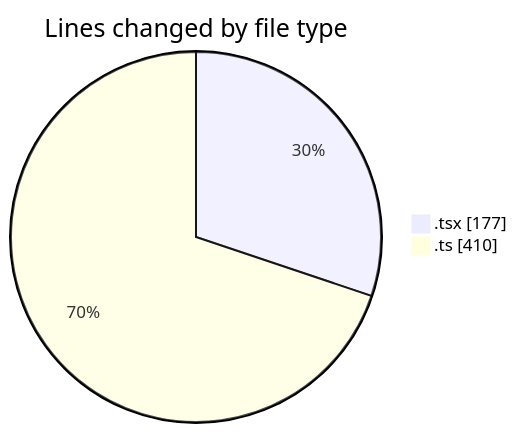
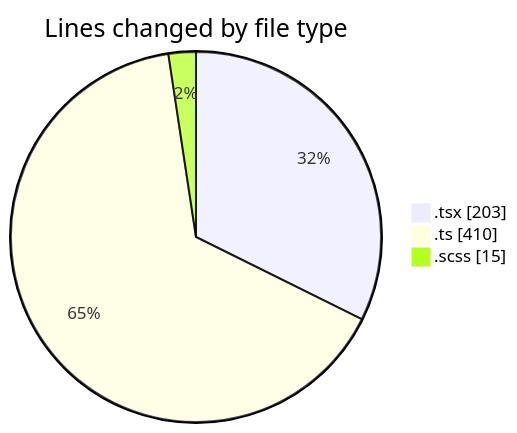
The first of 2 diagrams in 2026-03-26/cda/README.md (momahboobian/code-tracking), drawn with Mermaid before and after one commit. The commit also changed other lines of this file and 1 other file, not shown here.

````diff
--- a/2026-03-26/cda/README.md
+++ b/2026-03-26/cda/README.md
@@ -22,6 +23,7 @@
 ```mermaid
 pie showData
 title Lines changed by file type
-".tsx" : 177
+".tsx" : 203
 ".ts" : 410
+".scss" : 15
 ```
````
